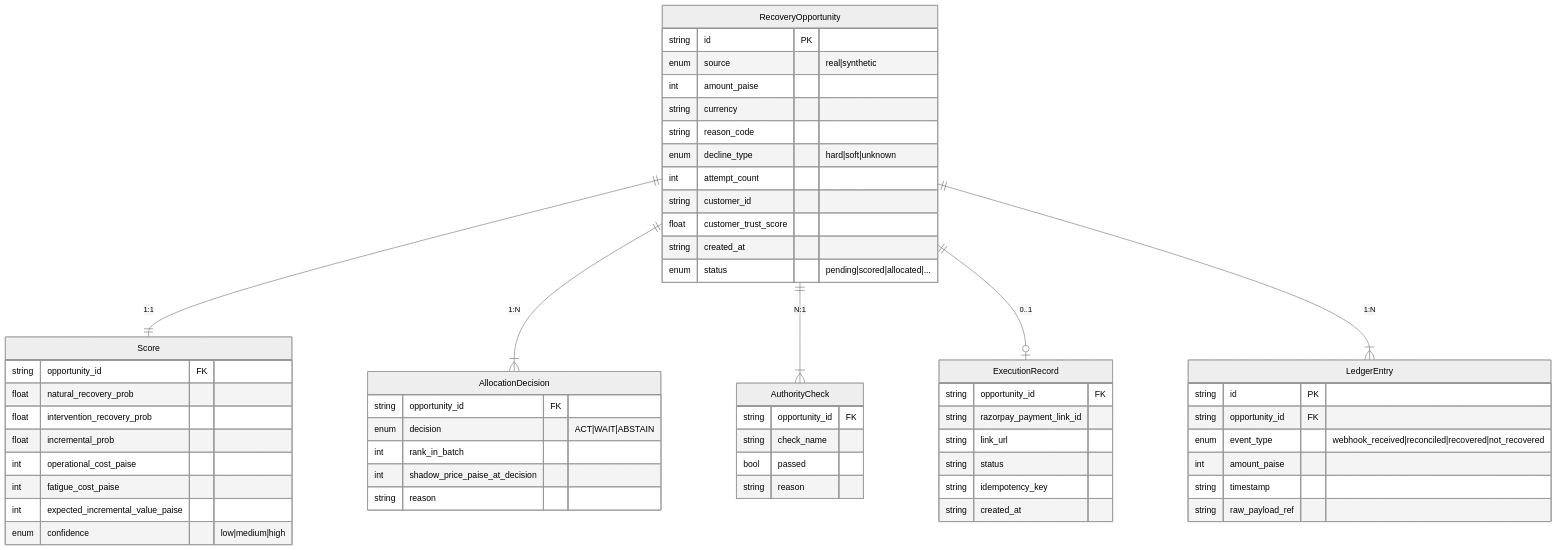
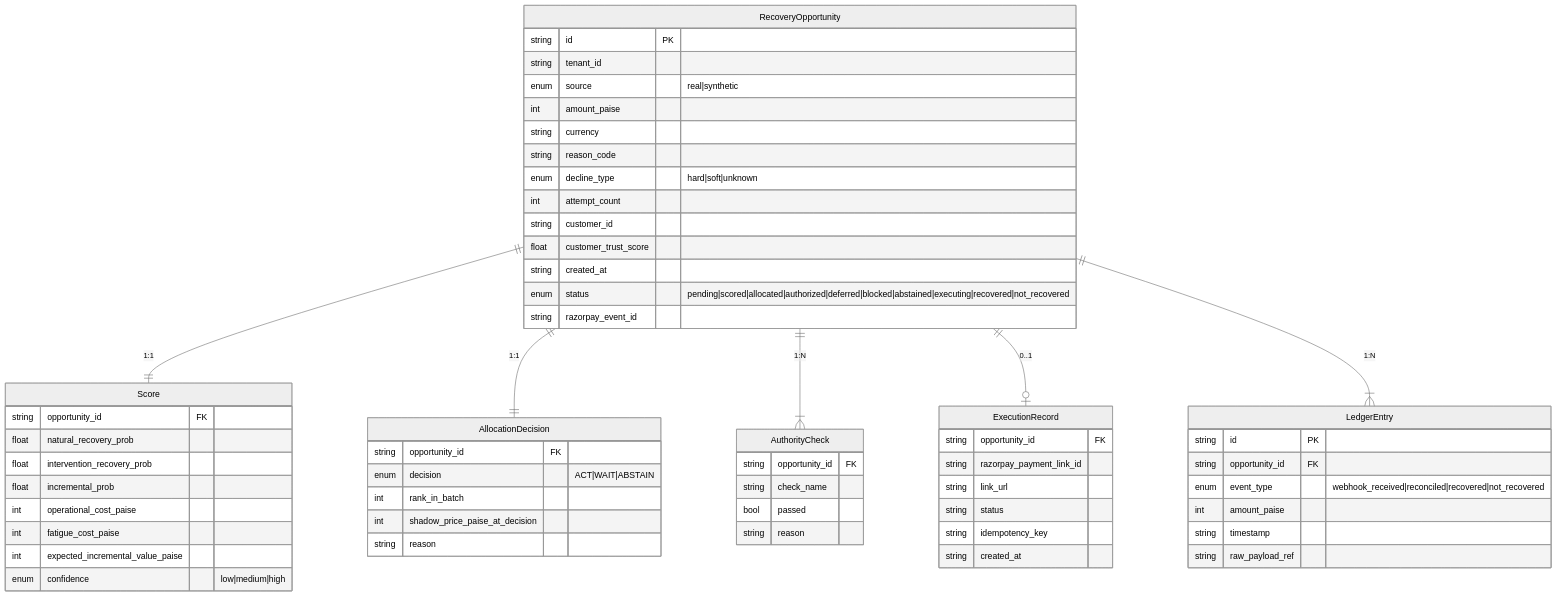
Before and after one commit to Mr-Roninx/ULTRON: the third of 3 diagrams in README.md, drawn with Mermaid (neutral theme). The commit also changed other lines of this file and 41 other files, not shown here.

````diff
--- a/README.md
+++ b/README.md
@@ -726,66 +873,68 @@
 ```mermaid
 erDiagram
     RecoveryOpportunity ||--|| Score : "1:1"
-    RecoveryOpportunity ||--|{ AllocationDecision : "1:N"
-    RecoveryOpportunity ||--|{ AuthorityCheck : "N:1"
+    RecoveryOpportunity ||--|| AllocationDecision : "1:1"
+    RecoveryOpportunity ||--|{ AuthorityCheck : "1:N"
     RecoveryOpportunity ||--o| ExecutionRecord : "0..1"
     RecoveryOpportunity ||--|{ LedgerEntry : "1:N"
 
     RecoveryOpportunity {
         string id PK
+        string tenant_id
         enum source "real|synthetic"
         int amount_paise
         string currency
         string reason_code
         enum decline_type "hard|soft|unknown"
         int attempt_count
         string customer_id
         float customer_trust_score
         string created_at
-        enum status "pending|scored|allocated|..."
+        enum status "pending|scored|allocated|authorized|deferred|blocked|abstained|executing|recovered|not_recovered"
+        string razorpay_event_id
     }
 
     Score {
         string opportunity_id FK
         float natural_recovery_prob
         float intervention_recovery_prob
         float incremental_prob
         int operational_cost_paise
         int fatigue_cost_paise
         int expected_incremental_value_paise
         enum confidence "low|medium|high"
     }
 
     AllocationDecision {
         string opportunity_id FK
         enum decision "ACT|WAIT|ABSTAIN"
         int rank_in_batch
         int shadow_price_paise_at_decision
         string reason
     }
 
     AuthorityCheck {
         string opportunity_id FK
         string check_name
         bool passed
         string reason
     }
 
     ExecutionRecord {
         string opportunity_id FK
         string razorpay_payment_link_id
         string link_url
         string status
         string idempotency_key
         string created_at
     }
 
     LedgerEntry {
         string id PK
         string opportunity_id FK
         enum event_type "webhook_received|reconciled|recovered|not_recovered"
         int amount_paise
         string timestamp
         string raw_payload_ref
     }
 ```
````
